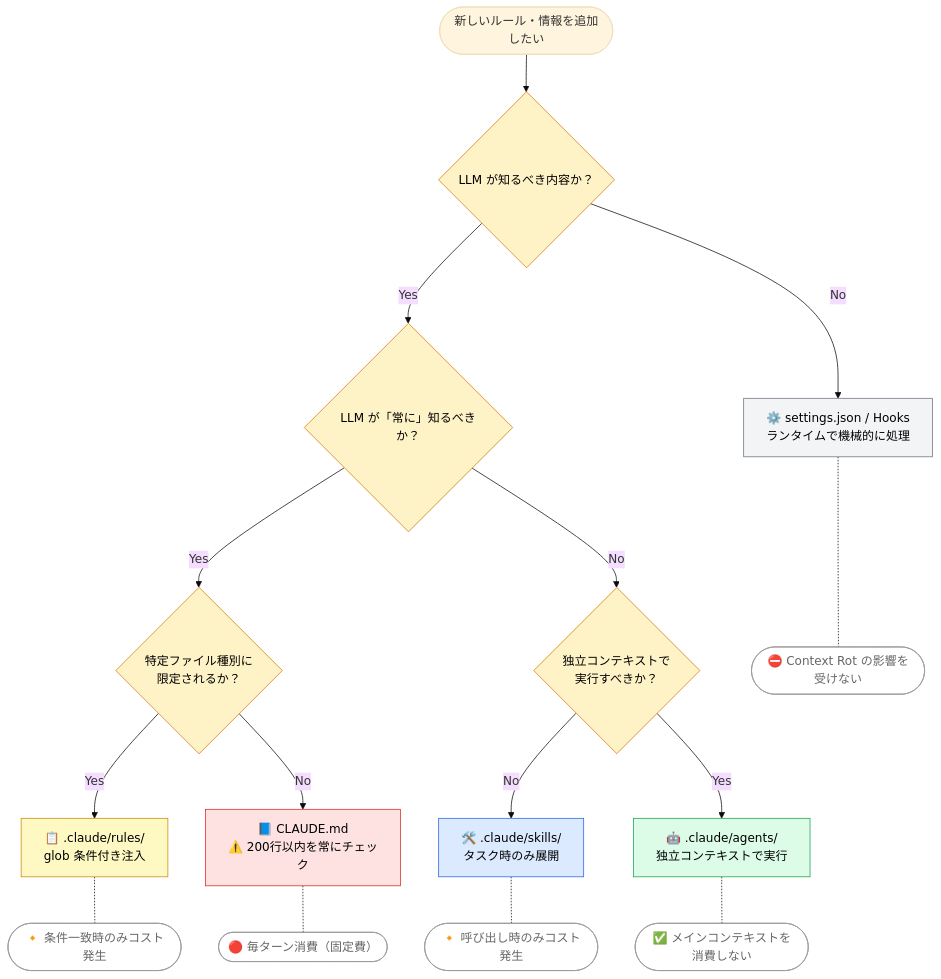
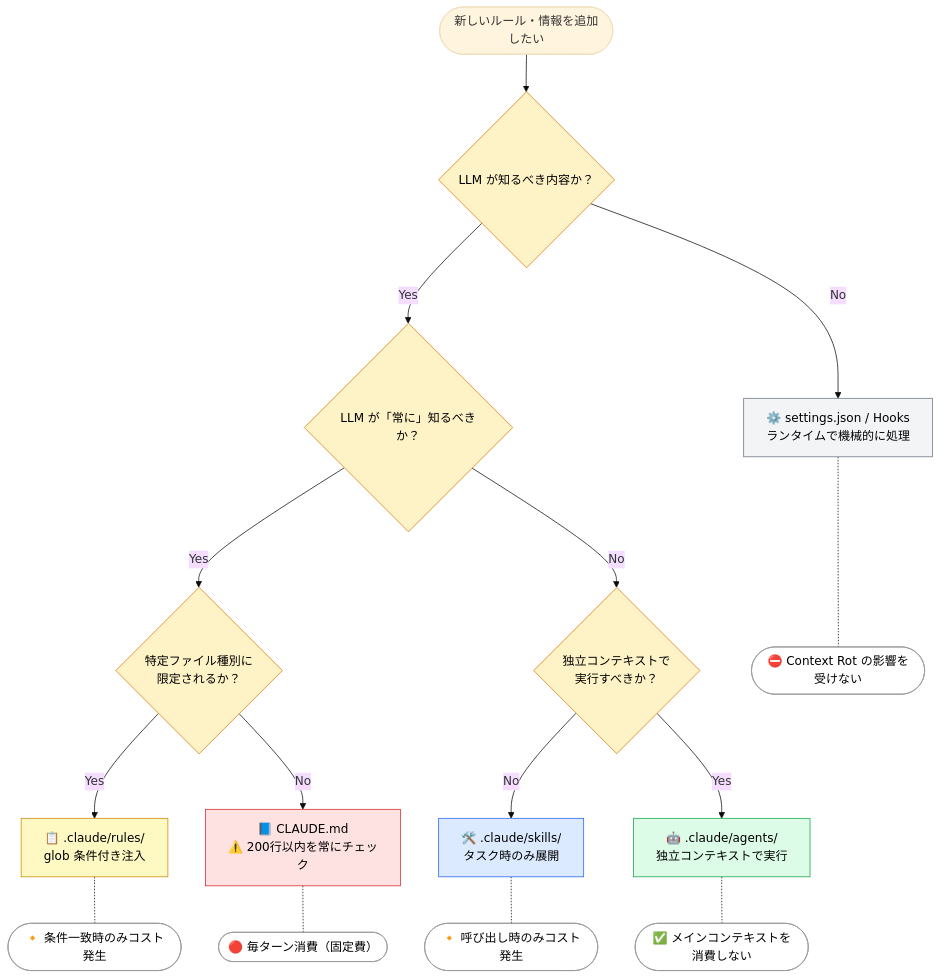
The diagram in docs/02-context-window/injection-timing.md (shuji-bonji/understanding-llm-through-claude-code), drawn with Mermaid (base theme) before and after one commit. The commit also changed 5 other files, not shown here.

````diff
--- a/docs/02-context-window/injection-timing.md
+++ b/docs/02-context-window/injection-timing.md
@@ -65,52 +65,52 @@
 ```mermaid
 flowchart TD
     START(["新しいルール・情報を追加したい"])
     Q1{"LLM が知るべき内容か？"}
     Q2{"LLM が「常に」知るべきか？"}
     Q3{"特定ファイル種別に<br/>限定されるか？"}
     Q4{"独立コンテキストで<br/>実行すべきか？"}
 
     R1["⚙️ settings.json / Hooks<br/>ランタイムで機械的に処理"]
     R2["📋 .claude/rules/<br/>glob 条件付き注入"]
     R3["📘 CLAUDE.md<br/>⚠️ 200行以内を常にチェック"]
     R4["🛠️ .claude/skills/<br/>タスク時のみ展開"]
     R5["🤖 .claude/agents/<br/>独立コンテキストで実行"]
 
     W1(["⛔ Context Rot の影響を受けない"])
     W2(["🔸 条件一致時のみコスト発生"])
     W3(["🔴 毎ターン消費（固定費）"])
     W4(["🔸 呼び出し時のみコスト発生"])
     W5(["✅ メインコンテキストを消費しない"])
 
     START --> Q1
     Q1 -->|No| R1
     Q1 -->|Yes| Q2
     Q2 -->|Yes| Q3
     Q2 -->|No| Q4
     Q3 -->|Yes| R2
     Q3 -->|No| R3
     Q4 -->|No| R4
     Q4 -->|Yes| R5
 
     R1 -.- W1
     R2 -.- W2
     R3 -.- W3
     R4 -.- W4
     R5 -.- W5
 
     classDef decision fill:#fef3c7,stroke:#d97706,color:#000
     classDef runtime fill:#f3f4f6,stroke:#6b7280,color:#000
     classDef conditional fill:#fef9c3,stroke:#ca8a04,color:#000
     classDef always fill:#fee2e2,stroke:#dc2626,color:#000
     classDef ondemand fill:#dbeafe,stroke:#2563eb,color:#000
     classDef independent fill:#dcfce7,stroke:#16a34a,color:#000
-    classDef note fill:#fff,stroke:#999,color:#666
+    classDef note fill:#fff,stroke:#999,color:#000
 
     class Q1,Q2,Q3,Q4 decision
     class R1 runtime
     class R2 conditional
     class R3 always
     class R4 ondemand
     class R5 independent
     class W1,W2,W3,W4,W5 note
 ```
````
